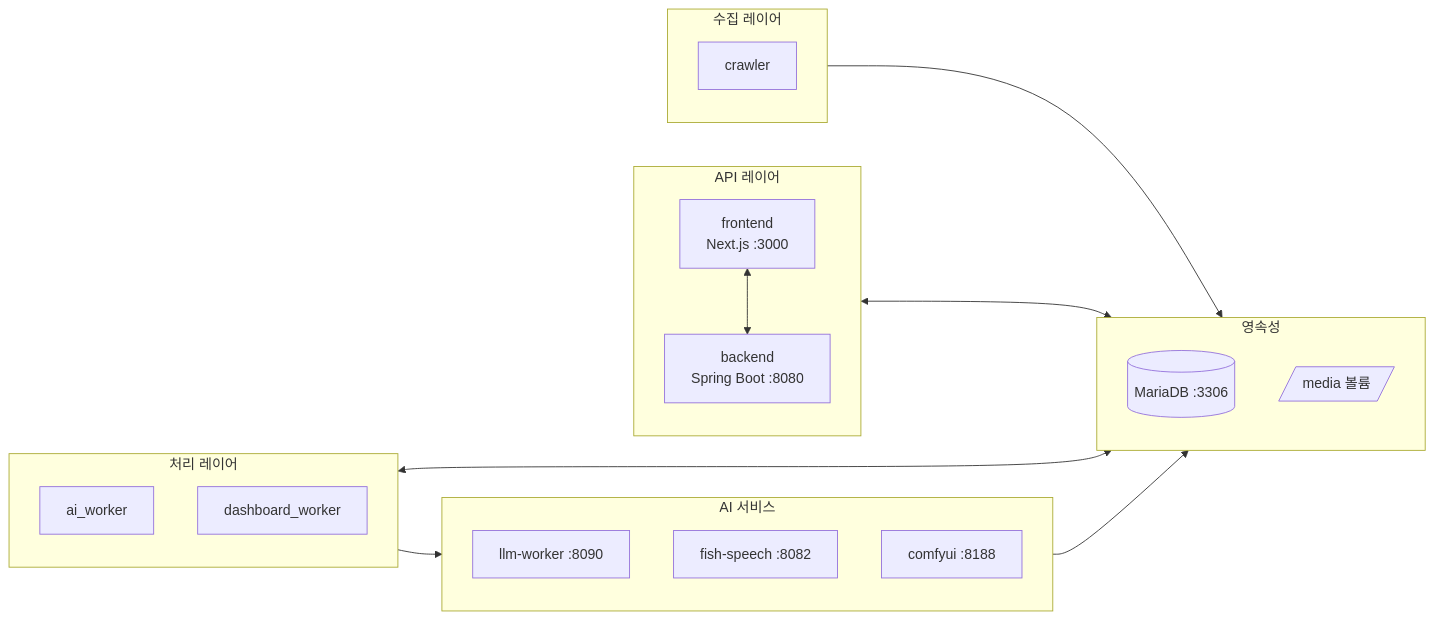
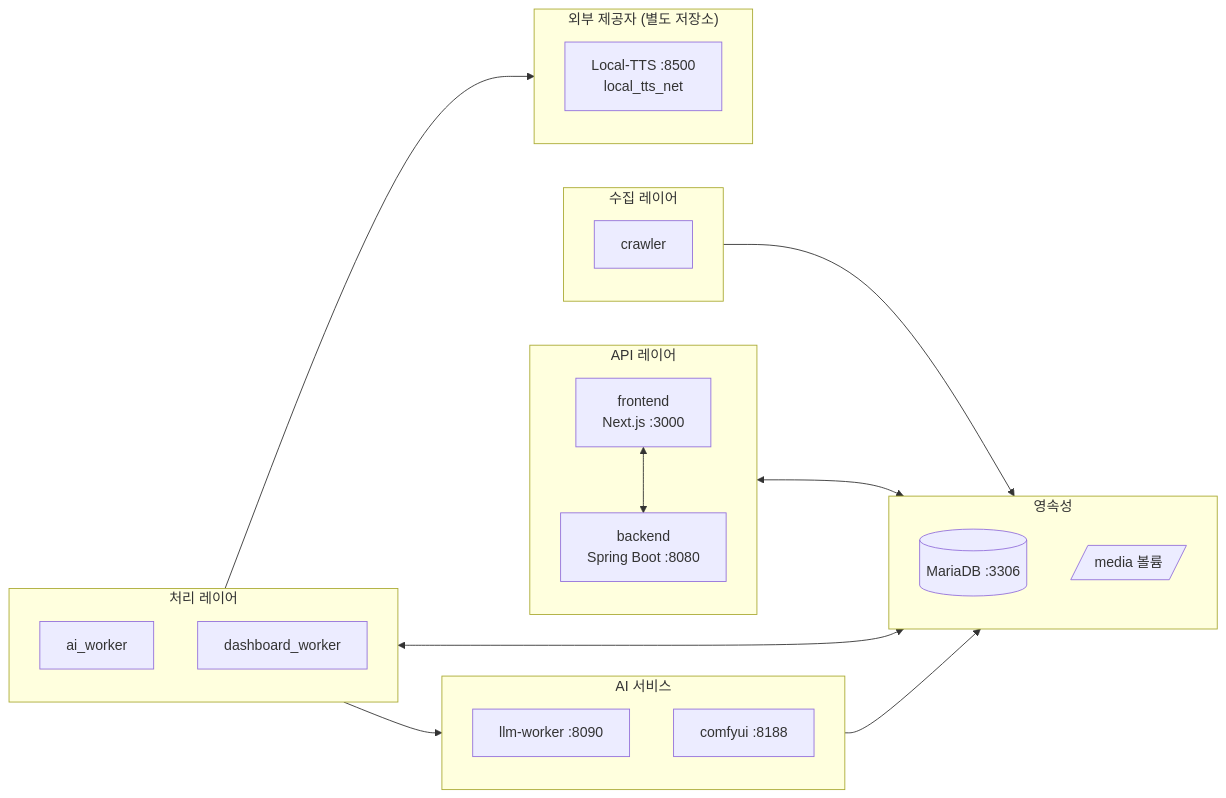
The first of 4 diagrams in docs/shared/20-containers.md (Justant-source/WaggleBot), drawn with Mermaid before and after one commit. The commit also changed other lines of this file and 81 other files, not shown here.

First line of the commit message:
feat(tts): Fish Speech 폐기, Local-TTS 제공자로 전환 (프리셋 보이스 M1~M5/F1~F5, 발음 프로필 wagglebot/shorts-ko)

````diff
--- a/docs/shared/20-containers.md
+++ b/docs/shared/20-containers.md
@@ -11,30 +11,33 @@
 ```mermaid
 flowchart LR
     subgraph Layer1["수집 레이어"]
         C[crawler]
     end
     subgraph Layer2["API 레이어"]
         B[backend<br/>Spring Boot :8080]
         F[frontend<br/>Next.js :3000]
     end
     subgraph Layer3["처리 레이어"]
         A[ai_worker]
         D[dashboard_worker]
     end
     subgraph Layer4["AI 서비스"]
         L[llm-worker :8090]
-        FS[fish-speech :8082]
         CUI[comfyui :8188]
+    end
+    subgraph Ext["외부 제공자 (별도 저장소)"]
+        LT[Local-TTS :8500<br/>local_tts_net]
     end
     subgraph Layer5["영속성"]
         DB[(MariaDB :3306)]
         MEDIA[/media 볼륨/]
     end
 
     Layer1 --> Layer5
     Layer2 <--> Layer5
     Layer3 --> Layer4
+    Layer3 --> Ext
     Layer3 <--> Layer5
     Layer4 --> Layer5
     F <--> B
 ```
````
